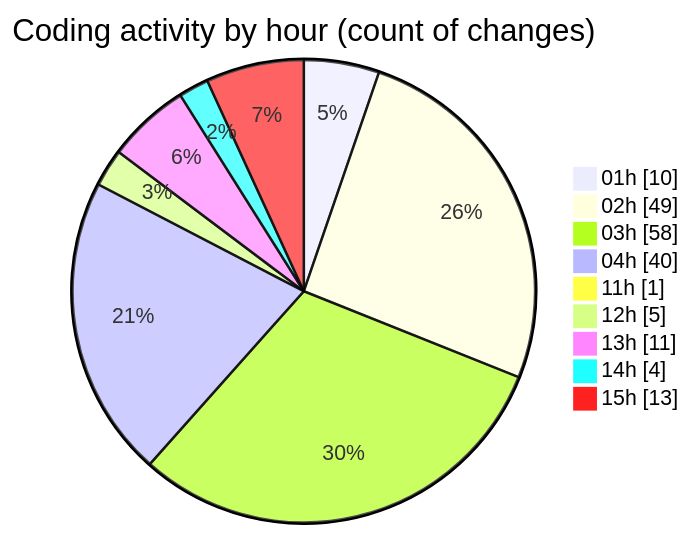
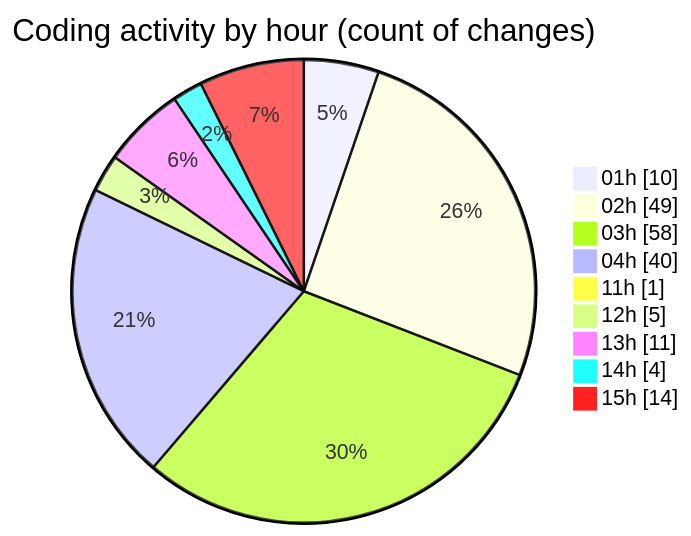
Before and after one commit to julien-gomy/code-tracking: the second of 2 diagrams in 2025-11-21/eventscop-frontend-guide__workspace_/README.md, drawn with Mermaid. The commit also changed other lines of this file and 1 other file, not shown here.

````diff
--- a/2025-11-21/eventscop-frontend-guide__workspace_/README.md
+++ b/2025-11-21/eventscop-frontend-guide__workspace_/README.md
@@ -75,13 +75,13 @@
 ```mermaid
 pie showData
 title Coding activity by hour (count of changes)
 "01h" : 10
 "02h" : 49
 "03h" : 58
 "04h" : 40
 "11h" : 1
 "12h" : 5
 "13h" : 11
 "14h" : 4
-"15h" : 13
+"15h" : 14
 ```
````
